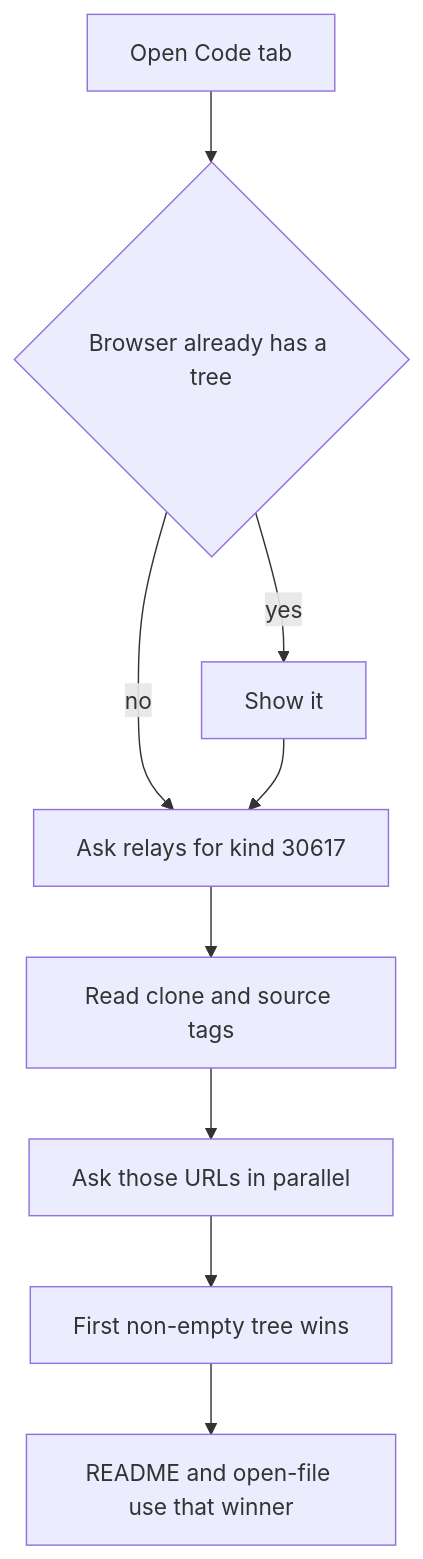
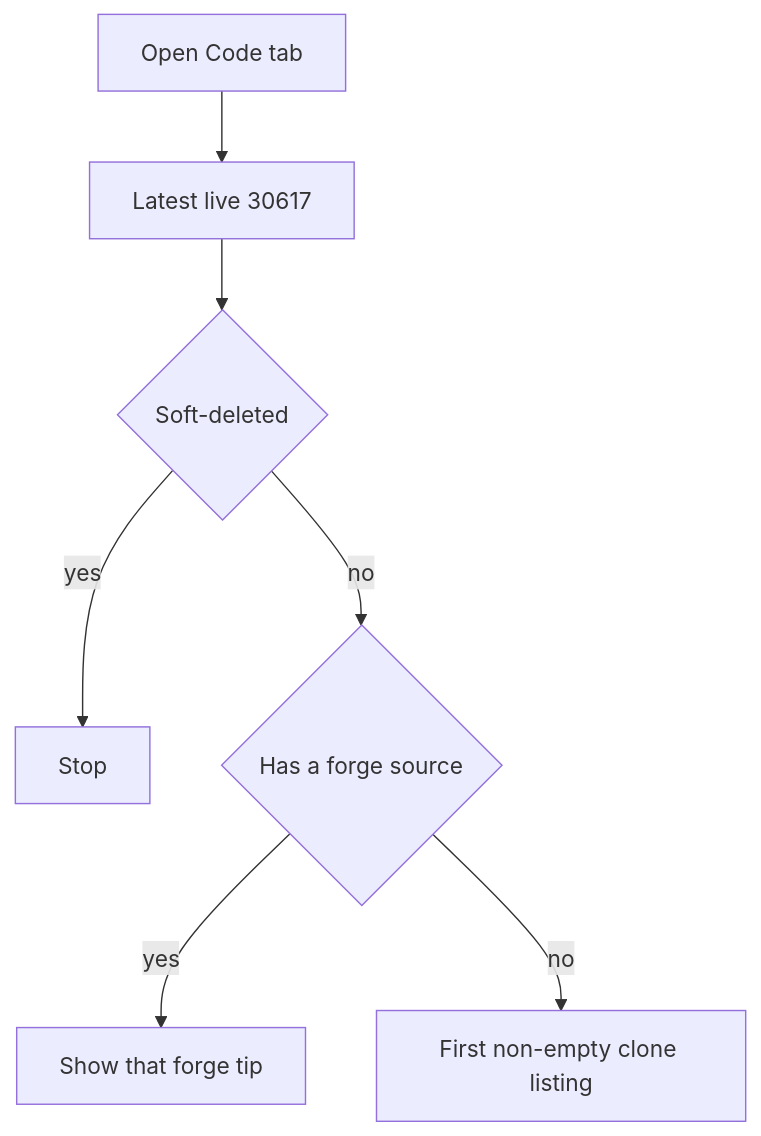
One commit to arbadacarbaYK/gittr-helper-tools changed the diagram in snippets/file-fetching/README.md. Above: the diagram before and after it, drawn with Mermaid. The commit also changed other lines of this file, not shown here.

Commit message:
docs: Code-tab order is forge tip first, then first clone listing

````diff
--- a/snippets/file-fetching/README.md
+++ b/snippets/file-fetching/README.md
@@ -9,11 +9,9 @@
 ```mermaid
 flowchart TD
-  open[Open Code tab] --> local{Browser already has a tree}
-  local -->|yes| show[Show it]
-  local -->|no| nostr[Ask relays for kind 30617]
-  show --> nostr
-  nostr --> tags[Read clone and source tags]
-  tags --> race[Ask those URLs in parallel]
-  race --> win[First non-empty tree wins]
-  win --> file[README and open-file use that winner]
+  open[Open Code tab] --> nostr[Latest live 30617]
+  nostr --> gone{Soft-deleted}
+  gone -->|yes| stop[Stop]
+  gone -->|no| forge{Has a forge source}
+  forge -->|yes| src[Show that forge tip]
+  forge -->|no| race[First non-empty clone listing]
 ```
````
